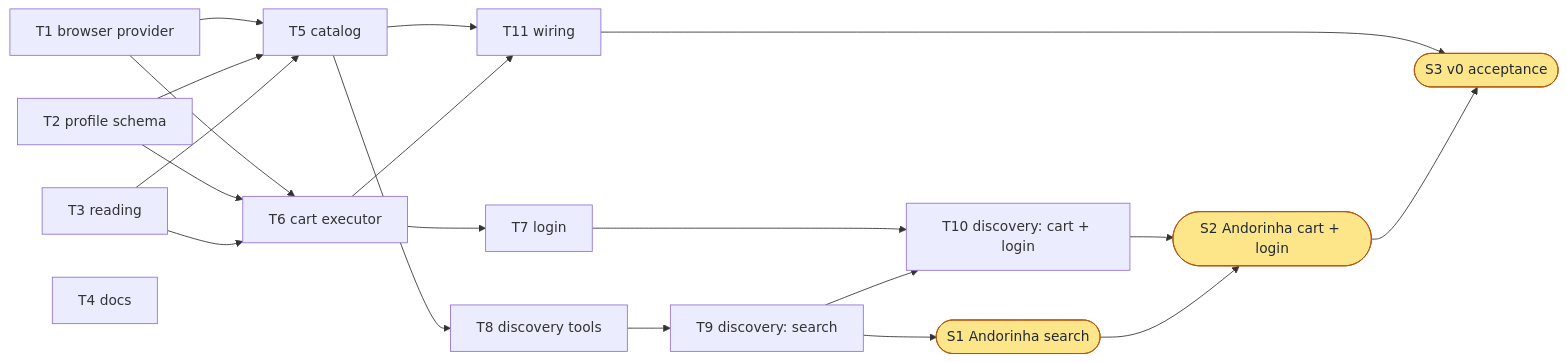
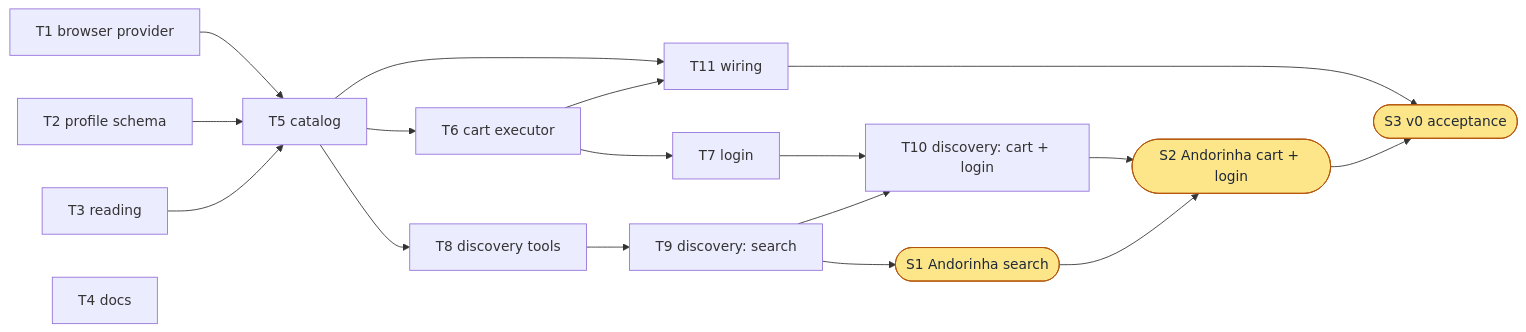
One commit to jwjosefy/shopping-minion changed the diagram in docs/lld.md. Above: the diagram before and after it, drawn with Mermaid. The commit also changed other lines of this file, not shown here.

````diff
--- a/docs/lld.md
+++ b/docs/lld.md
@@ -164,25 +164,23 @@
 ```mermaid
 flowchart LR
     T1[T1 browser provider] --> T5[T5 catalog]
     T2[T2 profile schema] --> T5
     T3[T3 reading] --> T5
-    T1 --> T6[T6 cart executor]
-    T2 --> T6
-    T3 --> T6
+    T5 --> T6[T6 cart executor]
     T6 --> T7[T7 login]
     T5 --> T8[T8 discovery tools]
     T8 --> T9[T9 discovery: search]
     T7 --> T10[T10 discovery: cart + login]
     T9 --> T10
     T5 --> T11[T11 wiring]
     T6 --> T11
     T9 --> S1([S1 Andorinha search])
     T10 --> S2([S2 Andorinha cart + login])
     S1 --> S2
     T11 --> S3([S3 v0 acceptance])
     S2 --> S3
     T4[T4 docs]
 
     classDef human fill:#fde68a,stroke:#b45309,color:#1f2937
     class S1,S2,S3 human
 ```
````
